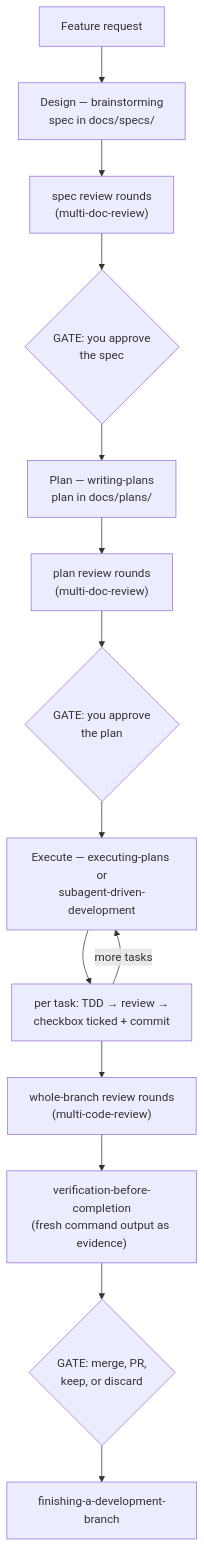
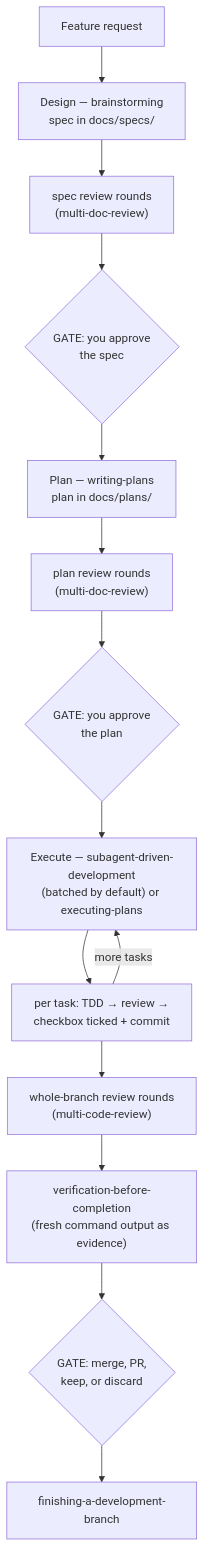
Before and after one commit to brunob54/superpowers-orchestrator: the first of 2 diagrams in docs/guide/README.md, drawn with Mermaid. The commit also changed other lines of this file and 1 other file, not shown here.

First line of the commit message:
docs(guide): review pass — batched SDD as default, plain-language sweep; reword ready message

````diff
--- a/docs/guide/README.md
+++ b/docs/guide/README.md
@@ -119,16 +120,16 @@
 ```mermaid
 flowchart TD
     A[Feature request] --> B["Design — brainstorming<br/>spec in docs/specs/"]
     B --> B2["spec review rounds<br/>(multi-doc-review)"]
     B2 --> G1{"GATE: you approve<br/>the spec"}
     G1 --> C["Plan — writing-plans<br/>plan in docs/plans/"]
     C --> C2["plan review rounds<br/>(multi-doc-review)"]
     C2 --> G2{"GATE: you approve<br/>the plan"}
-    G2 --> D["Execute — executing-plans or<br/>subagent-driven-development"]
+    G2 --> D["Execute — subagent-driven-development<br/>(batched by default) or executing-plans"]
     D --> D2["per task: TDD → review →<br/>checkbox ticked + commit"]
     D2 -->|more tasks| D
     D2 --> E["whole-branch review rounds<br/>(multi-code-review)"]
     E --> F["verification-before-completion<br/>(fresh command output as evidence)"]
     F --> G3{"GATE: merge, PR,<br/>keep, or discard"}
     G3 --> H["finishing-a-development-branch"]
 ```
````
